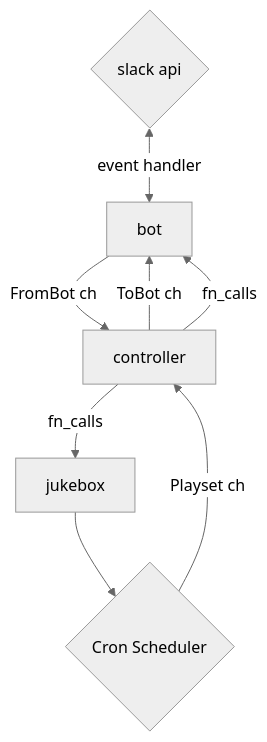
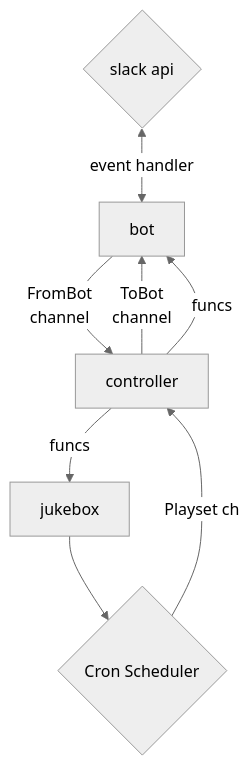
One commit to jdblack/sotd changed the diagram in README.md. Above: the diagram before and after it, drawn with Mermaid (neutral theme).

Commit message:
add more docs

````diff
--- a/README.md
+++ b/README.md
@@ -130,10 +130,10 @@
 ```mermaid
 graph TD;
    slack{slack api}<-- event handler -->bot
-   bot-- FromBot ch --> controller
-   controller-- ToBot ch -->bot
-   controller-- fn_calls -->jukebox
-   controller-- fn_calls -->bot
+   bot-- FromBot<br />channel --> controller
+   controller-- ToBot<br />channel -->bot
+   controller-- funcs  -->jukebox
+   controller-- funcs  -->bot
    jukebox --> cron{Cron Scheduler}
    cron{Cron Scheduler}-- Playset ch -->controller
 ```
````
